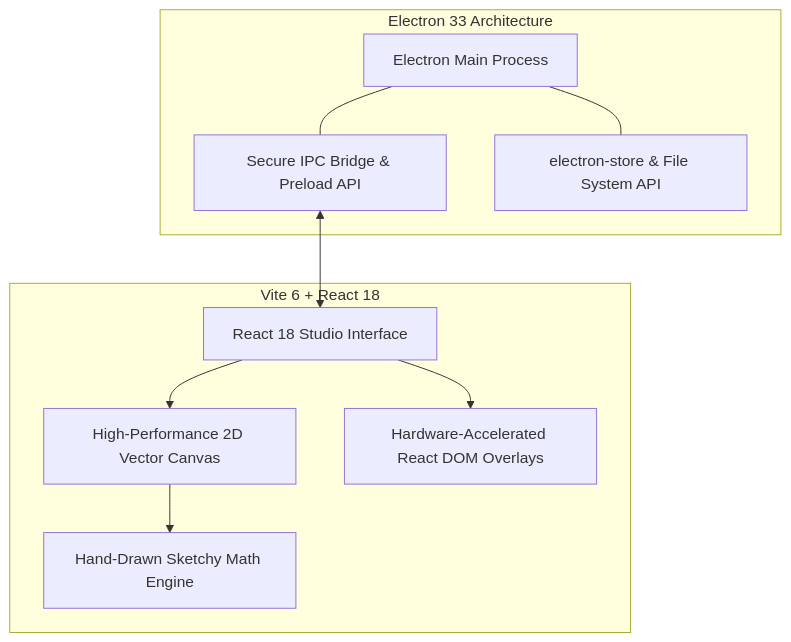
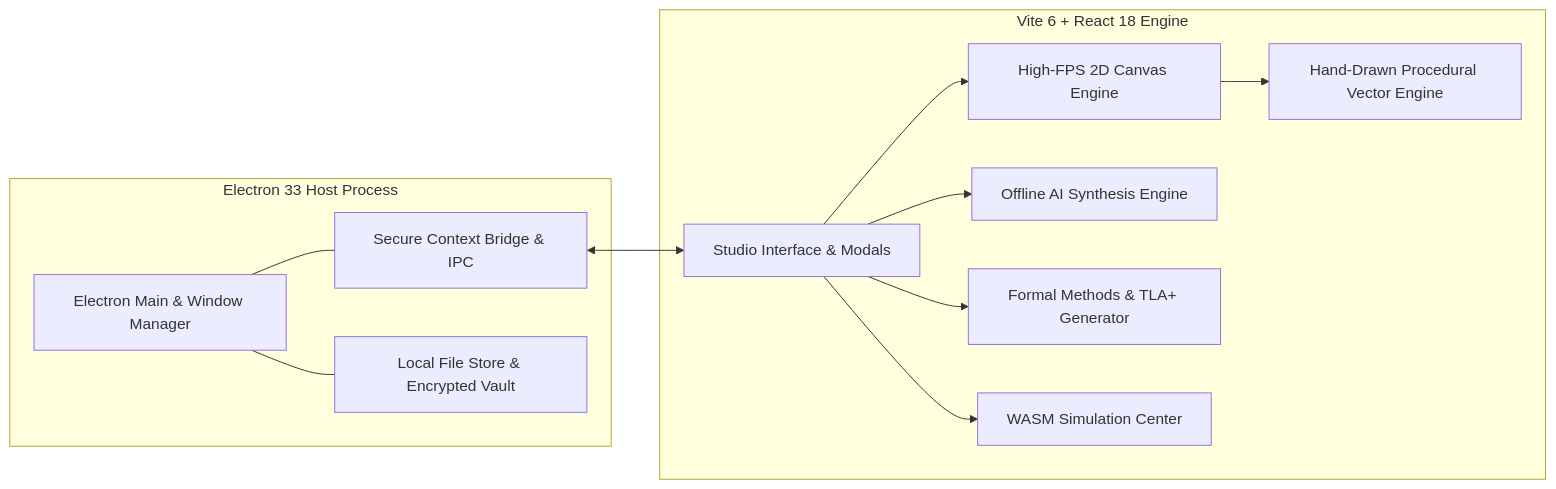
The second of 2 diagrams in README.md (yvvsatyanarayana-dev/Doodle-Desk), drawn with Mermaid before and after one commit. The commit also changed other lines of this file and 84 other files, not shown here.

Commit message:
chore(release): v1.1.0 - offline AI copilot, formal specs, simulation center & studio UI

````diff
--- a/README.md
+++ b/README.md
@@ -168,22 +302,26 @@
 ```mermaid
-flowchart TD
-    subgraph Desktop Shell [Electron 33 Architecture]
-        Main[Electron Main Process]
-        IPC[Secure IPC Bridge & Preload API]
-        Store[electron-store & File System API]
-        Main --- IPC
-        Main --- Store
+flowchart LR
+    subgraph Host [Electron 33 Host Process]
+        MainProc[Electron Main & Window Manager]
+        Preload[Secure Context Bridge & IPC]
+        DiskStore[Local File Store & Encrypted Vault]
+        MainProc --- Preload
+        MainProc --- DiskStore
     end
 
-    subgraph Renderer Pipeline [Vite 6 + React 18]
-        AppUI[React 18 Studio Interface]
-        Canvas[High-Performance 2D Vector Canvas]
-        Rough[Hand-Drawn Sketchy Math Engine]
-        DOMOverlay[Hardware-Accelerated React DOM Overlays]
-        AppUI --> Canvas
-        Canvas --> Rough
-        AppUI --> DOMOverlay
+    subgraph Renderer [Vite 6 + React 18 Engine]
+        UI[Studio Interface & Modals]
+        Renderer2D[High-FPS 2D Canvas Engine]
+        MathEngine[Hand-Drawn Procedural Vector Engine]
+        AIEngine[Offline AI Synthesis Engine]
+        SpecEngine[Formal Methods & TLA+ Generator]
+        SimEngine[WASM Simulation Center]
+        UI --> Renderer2D
+        Renderer2D --> MathEngine
+        UI --> AIEngine
+        UI --> SpecEngine
+        UI --> SimEngine
     end
 
-    IPC <--> AppUI
+    Preload <--> UI
 ```
````
